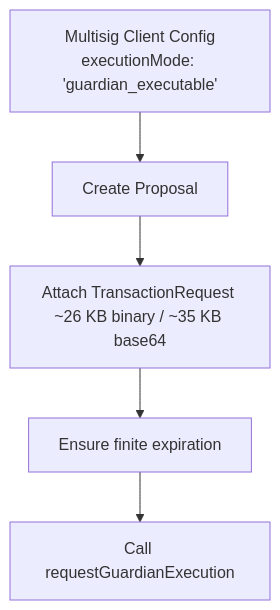
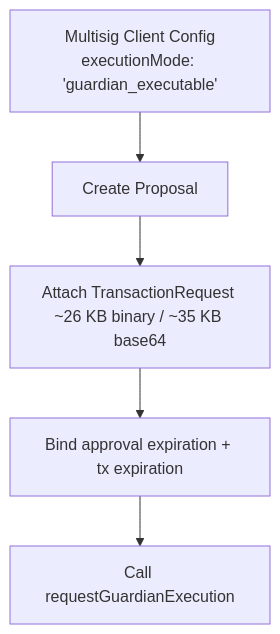
The seventh of 11 diagrams in docs/rfcs/0001-server-side-transaction-execution.md (OpenZeppelin/guardian), drawn with Mermaid before and after one commit. The commit also changed other lines of this file, not shown here.

````diff
--- a/docs/rfcs/0001-server-side-transaction-execution.md
+++ b/docs/rfcs/0001-server-side-transaction-execution.md
@@ -262,7 +264,7 @@
 ```mermaid
 flowchart TD
   Config["Multisig Client Config<br/>executionMode: 'guardian_executable'"] --> CreateProp[Create Proposal]
   CreateProp --> AttachReq[Attach TransactionRequest ~26 KB binary / ~35 KB base64]
-  AttachReq --> RequireExp[Ensure finite expiration]
+  AttachReq --> RequireExp[Bind approval expiration + tx expiration]
   RequireExp --> TriggerExec[Call requestGuardianExecution]
 ```
````
